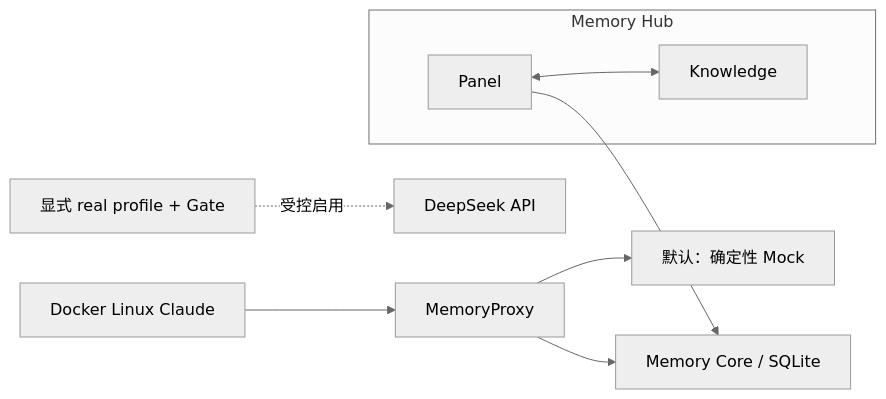
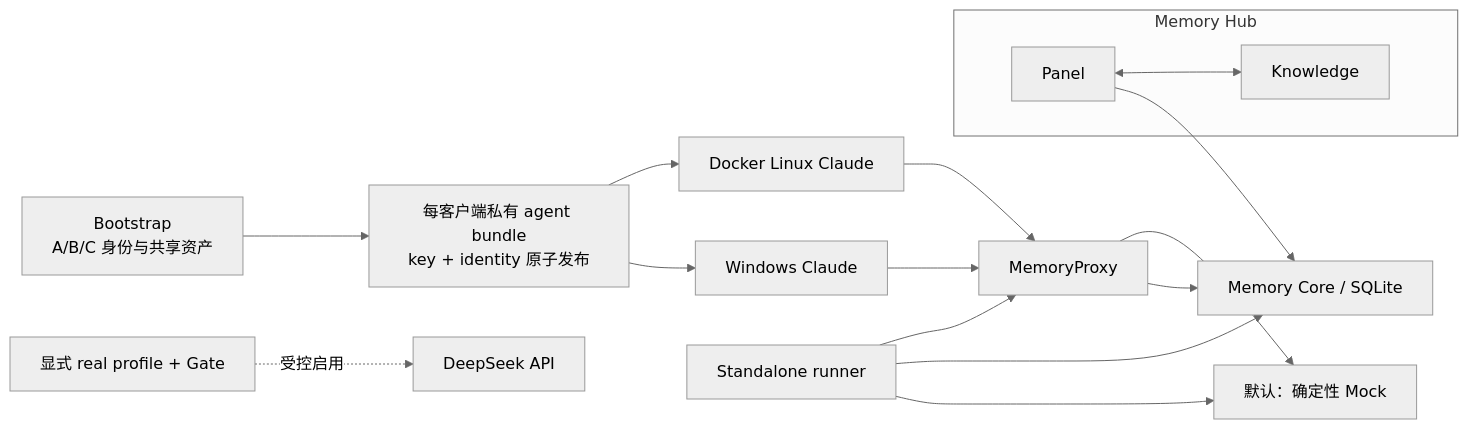
Before and after one commit to psiQAQ/agents-memory: the diagram in docs/specs/2026-08-09-docker-memory-lab.md, drawn with Mermaid (neutral theme). The commit also changed other lines of this file and 28 other files, not shown here.

Commit message:
feat: add standalone memory integration gate

````diff
--- a/docs/specs/2026-08-09-docker-memory-lab.md
+++ b/docs/specs/2026-08-09-docker-memory-lab.md
@@ -32,11 +35,18 @@
 ```mermaid
 flowchart LR
-  C["Docker Linux Claude"] --> P["MemoryProxy"]
+  B["Bootstrap<br/>A/B/C 身份与共享资产"] --> I["每客户端私有 agent bundle<br/>key + identity 原子发布"]
+  I --> C["Docker Linux Claude"]
+  I --> W["Windows Claude"]
+  C --> P["MemoryProxy"]
+  W --> P
   P --> M["默认：确定性 Mock"]
   P --> K["Memory Core / SQLite"]
+  T["Standalone runner"] --> P
+  T --> K
+  T --> M
   subgraph H["Memory Hub"]
     PA["Panel"] <--> KN["Knowledge"]
   end
   PA --> K
   R["显式 real profile + Gate"] -.受控启用.-> D["DeepSeek API"]
 ```
````
